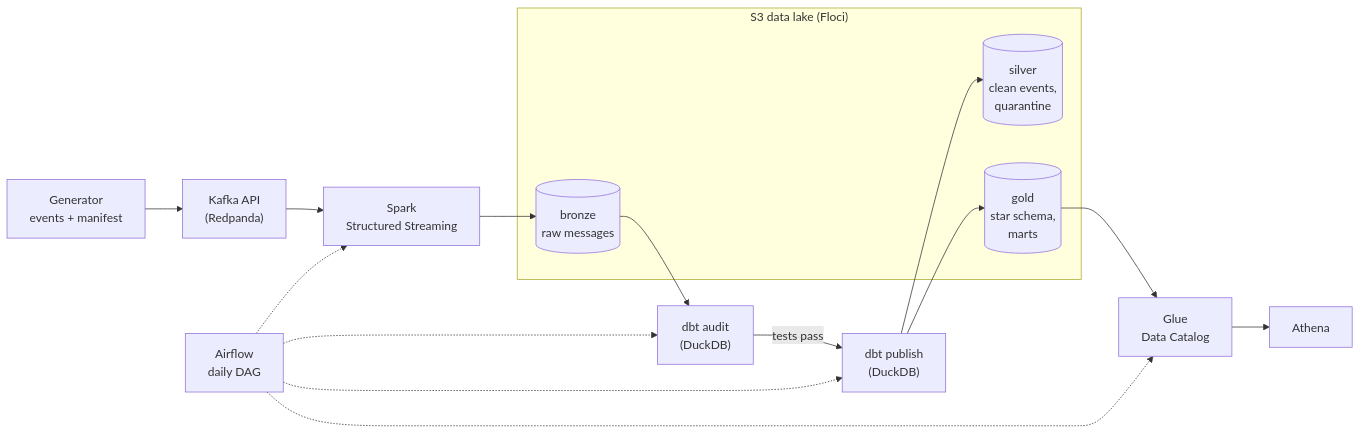
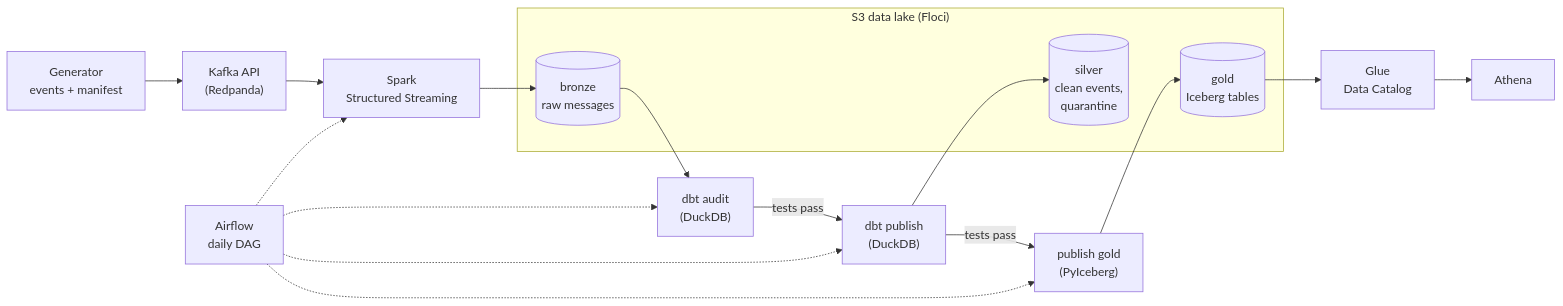
Before and after one commit to Plouplou37/sme-finance-lakehouse: the diagram in README.md, drawn with Mermaid. The commit also changed other lines of this file and 8 other files, not shown here.

````diff
--- a/README.md
+++ b/README.md
@@ -34,18 +34,19 @@
 ```mermaid
 flowchart LR
     G["Generator<br/>events + manifest"] --> K["Kafka API<br/>(Redpanda)"]
     K --> S["Spark<br/>Structured Streaming"]
     subgraph LAKE ["S3 data lake (Floci)"]
         B[("bronze<br/>raw messages")]
         SV[("silver<br/>clean events,<br/>quarantine")]
-        GD[("gold<br/>star schema,<br/>marts")]
+        GD[("gold<br/>Iceberg tables")]
     end
     S --> B
     B --> AU["dbt audit<br/>(DuckDB)"]
     AU -- "tests pass" --> PU["dbt publish<br/>(DuckDB)"]
     PU --> SV
-    PU --> GD
+    PU -- "tests pass" --> PG["publish gold<br/>(PyIceberg)"]
+    PG --> GD
     GD --> GL["Glue<br/>Data Catalog"]
     GL --> AT["Athena"]
-    AF["Airflow<br/>daily DAG"] -.-> S & AU & PU & GL
+    AF["Airflow<br/>daily DAG"] -.-> S & AU & PU & PG
 ```
````
